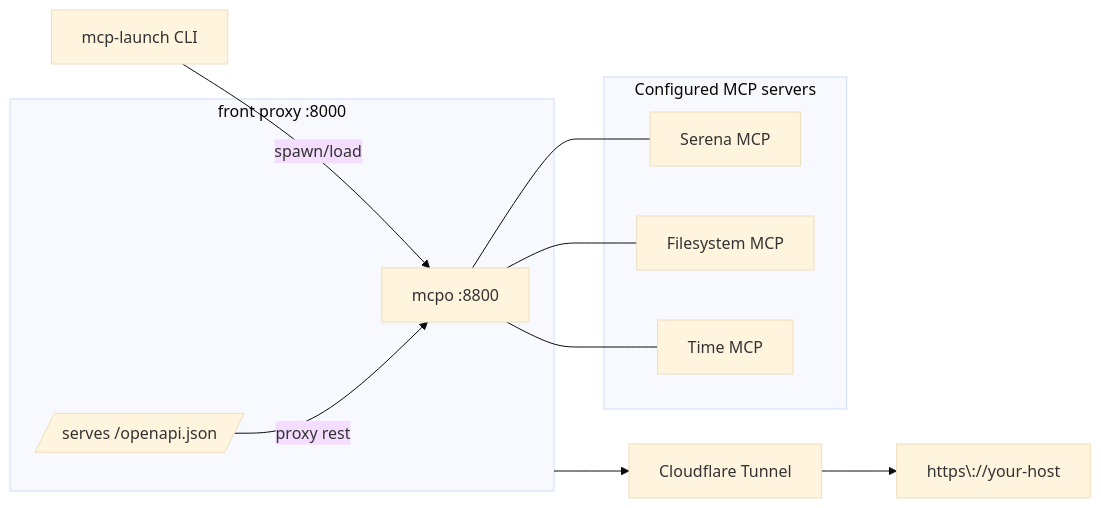
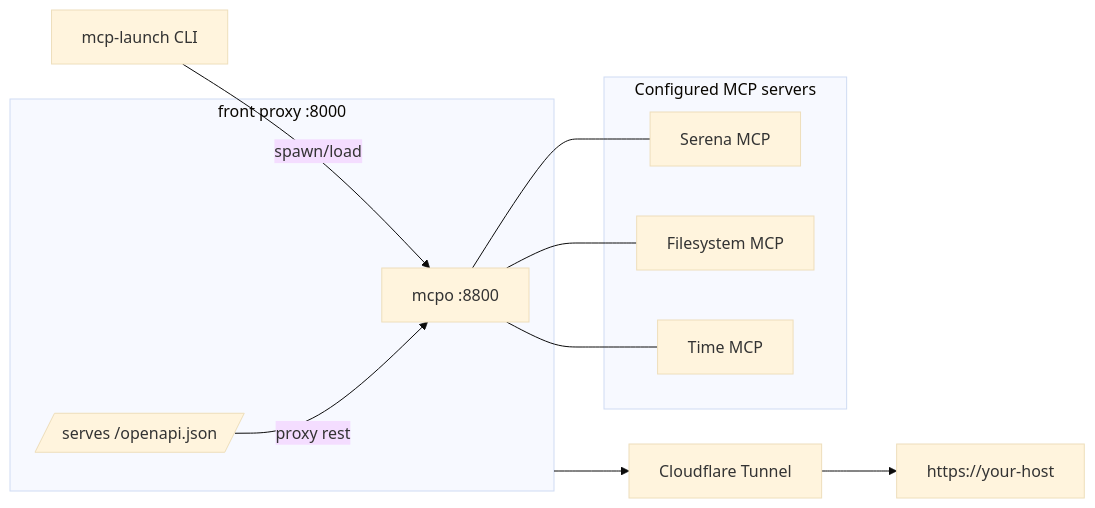
The diagram in README.md (DevGuyRash/mcp-launch), drawn with Mermaid (base theme) before and after one commit. The commit also changed other lines of this file and 2 other files, not shown here.

````diff
--- a/README.md
+++ b/README.md
@@ -73,22 +73,22 @@
 ```mermaid
 flowchart LR
   A[mcp-launch CLI] -- spawn/load --> B[mcpo :8800]
 
   subgraph FP[front proxy :8000]
     C[/serves /openapi.json/]
     C -->|proxy rest| B
   end
 
   FP --> D[Cloudflare Tunnel]
-  D --> E["https\://your-host"]
+  D --> E["https://your-host"]
 
   subgraph MCP_Servers[Configured MCP servers]
     S[Serena MCP]
     F[Filesystem MCP]
     T[Time MCP]
   end
 
   B --- S
   B --- F
   B --- T
 ```
````
